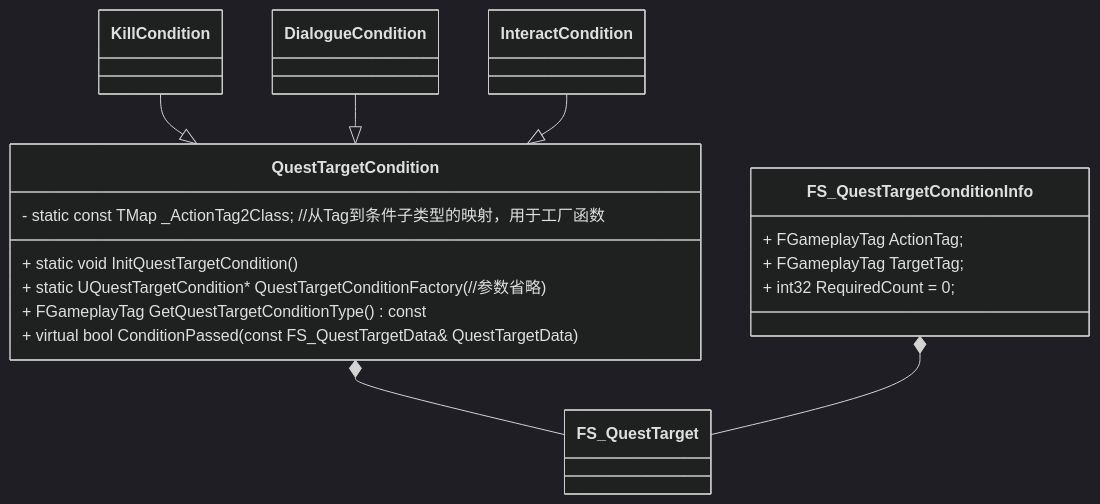
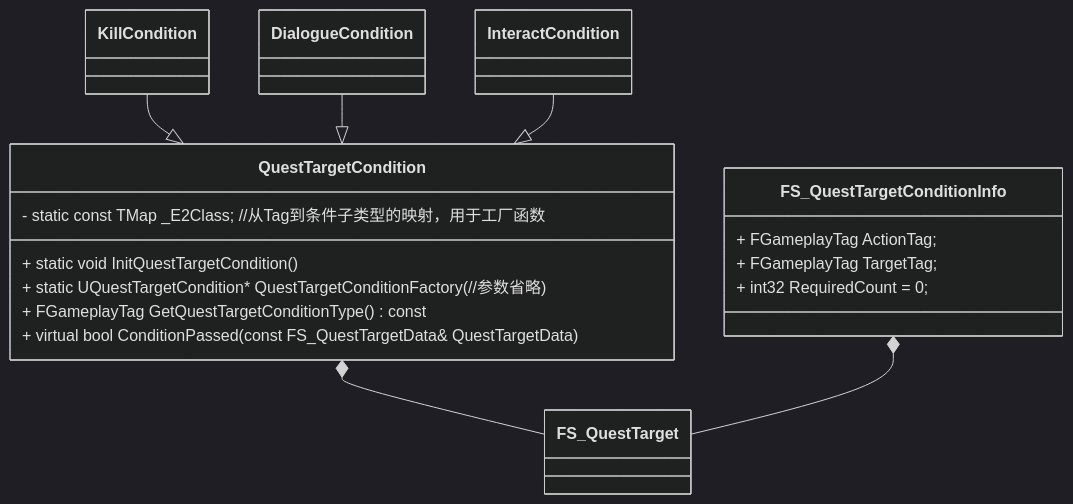
The second of 5 diagrams in Document/任务系统.md (getyo/ARPG_Learn), drawn with Mermaid (dark theme) before and after one commit. The commit also changed other lines of this file and 12 other files, not shown here.

````diff
--- a/Document/任务系统.md
+++ b/Document/任务系统.md
@@ -56,21 +56,21 @@
 ```mermaid
 classDiagram
 	QuestTargetCondition *-- FS_QuestTarget
 	KillCondition --|> QuestTargetCondition
 	DialogueCondition --|> QuestTargetCondition
 	InteractCondition --|> QuestTargetCondition
 	FS_QuestTargetConditionInfo *-- FS_QuestTarget
 	
 	class QuestTargetCondition{
 	+ static void InitQuestTargetCondition()
 	+ static UQuestTargetCondition* QuestTargetConditionFactory(//参数省略)
 	+ FGameplayTag GetQuestTargetConditionType() const
 	+ virtual bool ConditionPassed(const FS_QuestTargetData& QuestTargetData)
-	- static const TMap _ActionTag2Class; //从Tag到条件子类型的映射，用于工厂函数
+	- static const TMap _E2Class; //从Tag到条件子类型的映射，用于工厂函数
 	}
 	class FS_QuestTargetConditionInfo{
 		+ FGameplayTag ActionTag;
 		+ FGameplayTag TargetTag;
 		+ int32 RequiredCount = 0;
 	}
 ```
````
